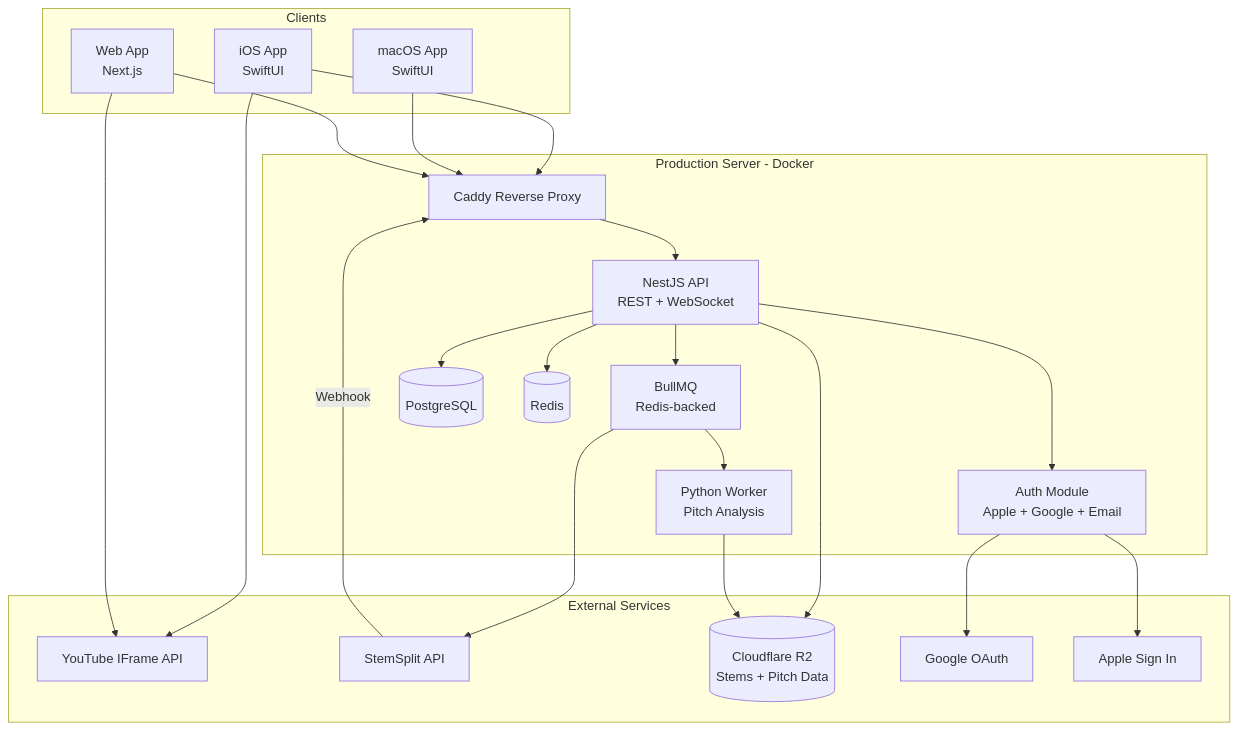
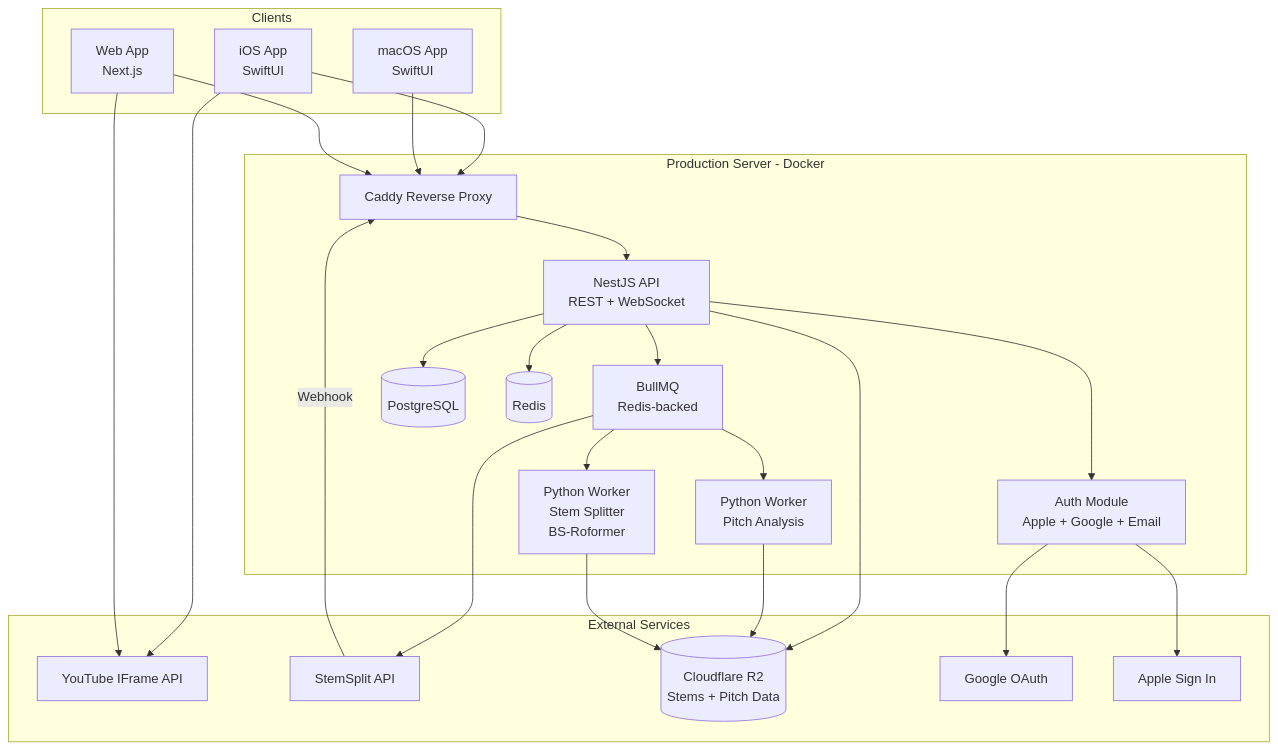
One commit to pawelgawliczek/intonavio changed the first of 2 diagrams in docs/02-architecture.md. Above: the diagram before and after it, drawn with Mermaid. The commit also changed other lines of this file and 10 other files, not shown here.

````diff
--- a/docs/02-architecture.md
+++ b/docs/02-architecture.md
@@ -7,49 +7,52 @@
 ```mermaid
 graph TD
     subgraph Clients
         iOS[iOS App<br/>SwiftUI]
         macOS[macOS App<br/>SwiftUI]
         Web[Web App<br/>Next.js]
     end
 
     subgraph Production Server - Docker
         Caddy[Caddy Reverse Proxy]
         API[NestJS API<br/>REST + WebSocket]
         Auth[Auth Module<br/>Apple + Google + Email]
         Queue[BullMQ<br/>Redis-backed]
-        Worker[Python Worker<br/>Pitch Analysis]
+        PitchWorker[Python Worker<br/>Pitch Analysis]
+        StemWorker[Python Worker<br/>Stem Splitter<br/>BS-Roformer]
         PG[(PostgreSQL)]
         Redis[(Redis)]
     end
 
     subgraph External Services
         YT[YouTube IFrame API]
         SS[StemSplit API]
         R2[(Cloudflare R2<br/>Stems + Pitch Data)]
         Google[Google OAuth]
         Apple[Apple Sign In]
     end
 
     iOS --> Caddy
     macOS --> Caddy
     Web --> Caddy
 
     iOS --> YT
     Web --> YT
 
     Caddy --> API
     API --> Auth
     API --> PG
     API --> Redis
     API --> Queue
     API --> R2
 
     Auth --> Google
     Auth --> Apple
 
-    Queue --> Worker
+    Queue --> PitchWorker
+    Queue --> StemWorker
     Queue --> SS
 
     SS -->|Webhook| Caddy
-    Worker --> R2
+    PitchWorker --> R2
+    StemWorker --> R2
 ```
````
